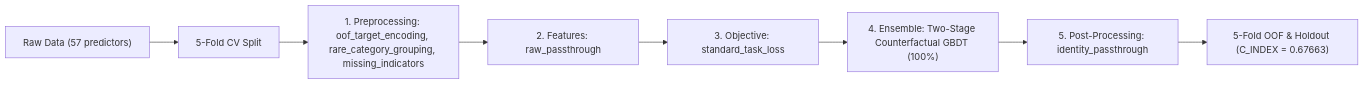
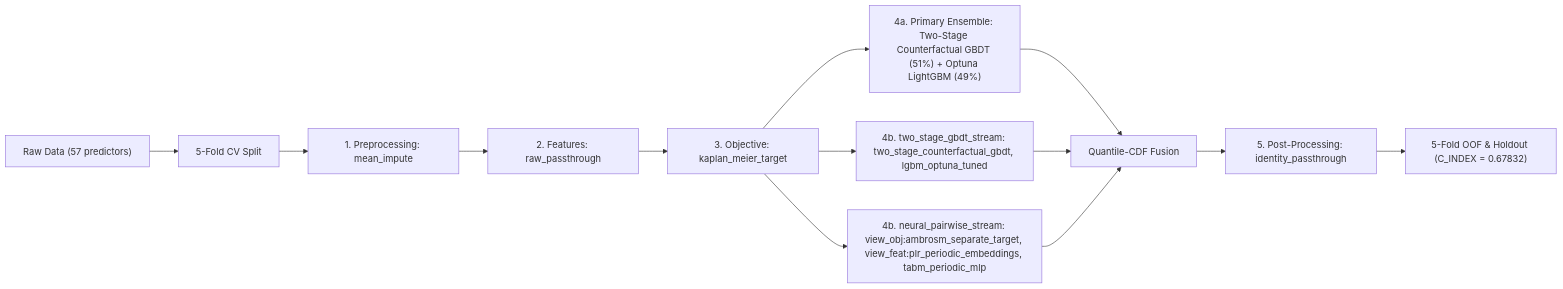
The diagram in README.md (stefanoclss/CIBMTR-Equity-in-Post-HCT-Survival-Predictions), drawn with Mermaid before and after one commit. The commit also changed other lines of this file, not shown here.

First line of the commit message:
docs(readme): refresh verified OOF benchmark & build ledger (C_INDEX=0.67832)

````diff
--- a/README.md
+++ b/README.md
@@ -72,10 +70,15 @@
 ```mermaid
 flowchart LR
     DATA["Raw Data (57 predictors)"] --> SPLIT["5-Fold CV Split"]
-    SPLIT --> PRE["1. Preprocessing: oof_target_encoding, rare_category_grouping, missing_indicators"]
+    SPLIT --> PRE["1. Preprocessing: mean_impute"]
     PRE --> FEAT["2. Features: raw_passthrough"]
-    FEAT --> OBJ["3. Objective: standard_task_loss"]
-    OBJ --> M0["4. Ensemble: Two-Stage Counterfactual GBDT (100%)"]
-    M0 --> POST["5. Post-Processing: identity_passthrough"]
-    POST --> OUT["5-Fold OOF & Holdout (C_INDEX = 0.67663)"]
+    FEAT --> OBJ["3. Objective: kaplan_meier_target"]
+    OBJ --> M0["4a. Primary Ensemble: Two-Stage Counterfactual GBDT (51%) + Optuna LightGBM (49%)"]
+    M0 --> FUSE["Quantile-CDF Fusion"]
+    OBJ --> S1["4b. two_stage_gbdt_stream: two_stage_counterfactual_gbdt, lgbm_optuna_tuned"]
+    S1 --> FUSE
+    OBJ --> S2["4b. neural_pairwise_stream: view_obj:ambrosm_separate_target, view_feat:plr_periodic_embeddings, tabm_periodic_mlp"]
+    S2 --> FUSE
+    FUSE --> POST["5. Post-Processing: identity_passthrough"]
+    POST --> OUT["5-Fold OOF & Holdout (C_INDEX = 0.67832)"]
 ```
````
